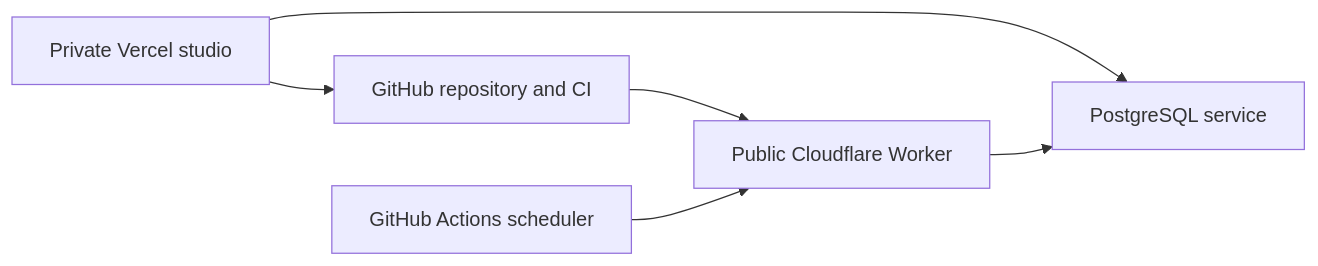
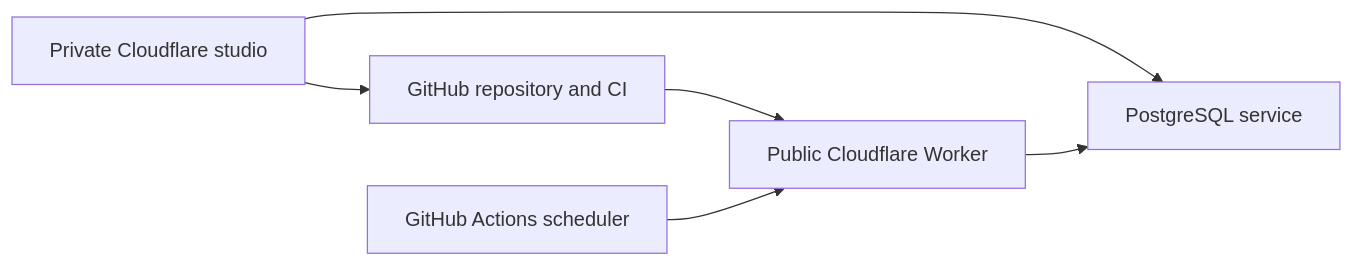
One commit to WillieCubed/website changed the diagram in docs/music.md. Above: the diagram before and after it, drawn with Mermaid. The commit also changed other lines of this file and 5 other files, not shown here.

````diff
--- a/docs/music.md
+++ b/docs/music.md
@@ -22,8 +22,8 @@
 ```mermaid
 flowchart LR
-  Admin[Private Vercel studio] --> Database[PostgreSQL service]
+  Admin[Private Cloudflare studio] --> Database[PostgreSQL service]
   Admin --> GitHub[GitHub repository and CI]
   GitHub --> Public[Public Cloudflare Worker]
   Public --> Database
   Schedule[GitHub Actions scheduler] --> Public
 ```
````
